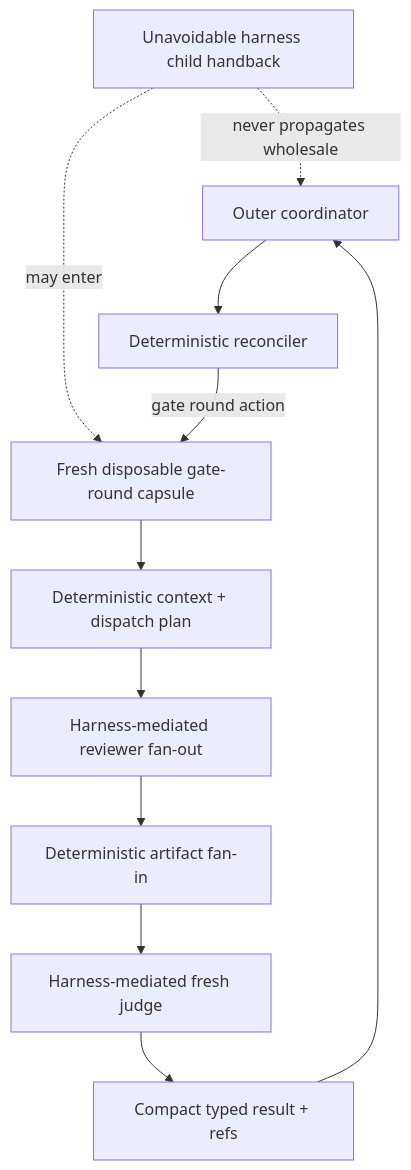
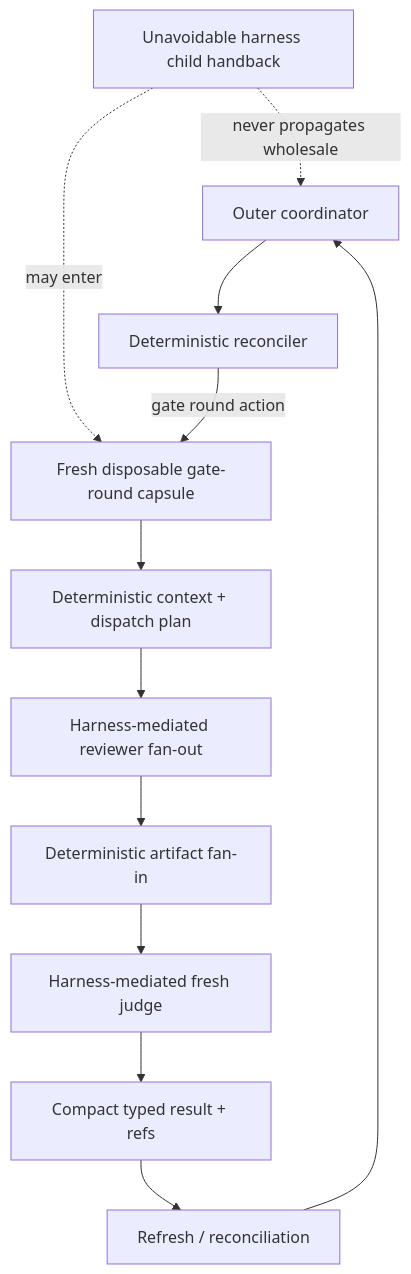
The first of 2 diagrams in docs/decisions/0081-harness-mediated-agent-io-context-contained.md (mfittko/dev-loops), drawn with Mermaid before and after one commit. The commit also changed other lines of this file, not shown here.

````diff
--- a/docs/decisions/0081-harness-mediated-agent-io-context-contained.md
+++ b/docs/decisions/0081-harness-mediated-agent-io-context-contained.md
@@ -50,17 +50,18 @@
 ```mermaid
 flowchart TD
     O[Outer coordinator] --> R[Deterministic reconciler]
     R -->|gate round action| C[Fresh disposable gate-round capsule]
 
     C --> P[Deterministic context + dispatch plan]
     P --> F[Harness-mediated reviewer fan-out]
     F --> I[Deterministic artifact fan-in]
     I --> J[Harness-mediated fresh judge]
     J --> K[Compact typed result + refs]
 
-    K --> O
+    K --> R2[Refresh / reconciliation]
+    R2 --> O
 
     H[Unavoidable harness child handback]
     H -. may enter .-> C
     H -. never propagates wholesale .-> O
 ```
````
